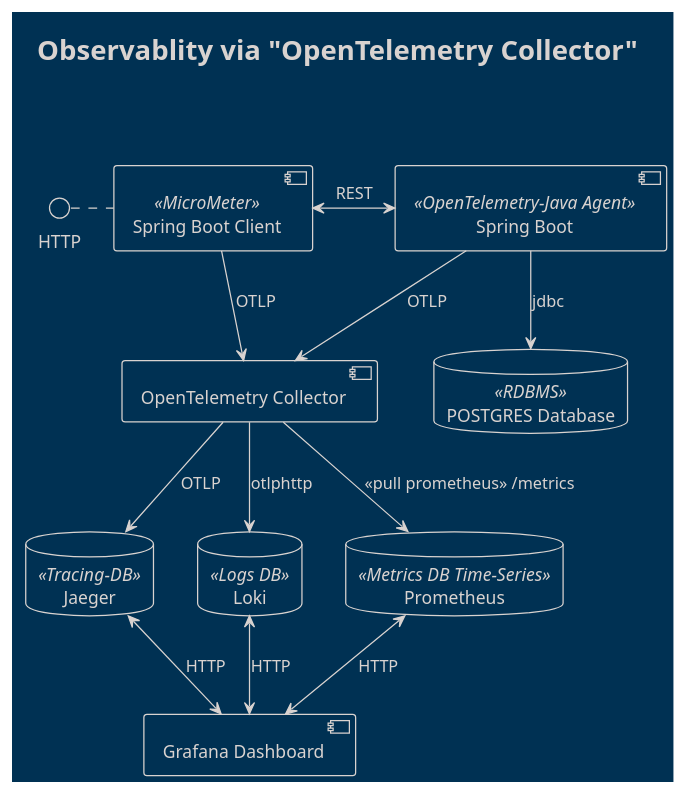
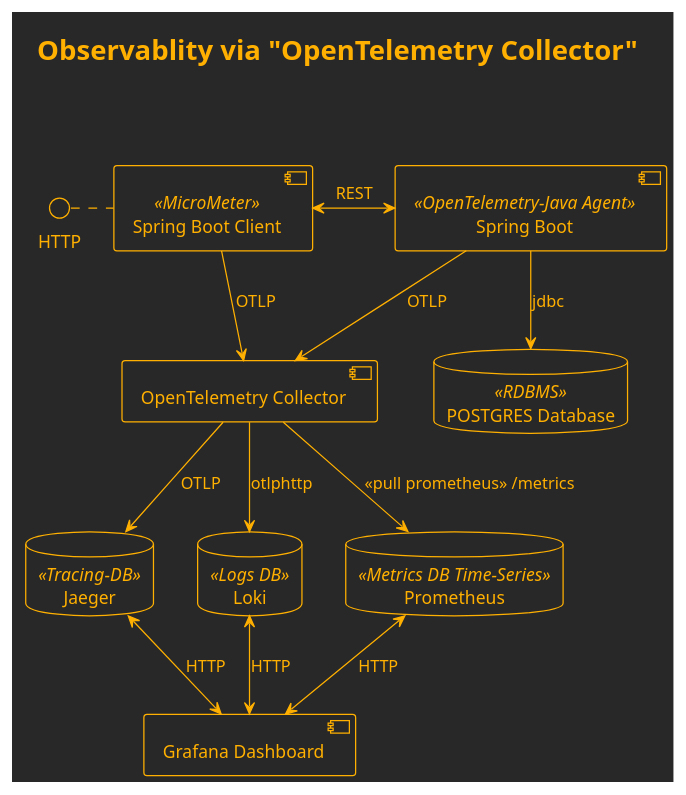
One commit to dcr007/springboot-app-services changed the diagram in PlantUML/otel.plantuml. Above: the diagram before and after it, drawn with PlantUML. The commit also changed 4 other files, not shown here.

Commit message:
updated README and sequence diagram for the services

```diff
--- a/PlantUML/otel.plantuml
+++ b/PlantUML/otel.plantuml
@@ -1,29 +1,29 @@
 @startuml
-!theme blueprint
+!theme crt-amber
 title Observablity via "OpenTelemetry Collector"\n\n
 
 interface HTTP
 component "Spring Boot" <<OpenTelemetry-Java Agent>> as springBoot
 component "Spring Boot Client" <<MicroMeter>> as springBootClient
 component "OpenTelemetry Collector" as otelCollector
 database "Prometheus" as prometheus <<Metrics DB Time-Series>>
 component "Grafana Dashboard" as grafana
 database "Jaeger" <<Tracing-DB>> as jager
 database "Loki" as loki <<Logs DB>>
 
 database "POSTGRES Database" as orders <<RDBMS>>
 
 HTTP .right. springBootClient
 springBoot -down-> orders : jdbc
 springBootClient <-right-> springBoot : REST
 
 springBoot -down-> otelCollector : OTLP
 springBootClient -down-> otelCollector : OTLP
 
 otelCollector -down-> prometheus : <<pull prometheus>> /metrics
 otelCollector -down-> jager : OTLP
 otelCollector -down-> loki : otlphttp
 grafana <-up-> prometheus : HTTP
 grafana <-up-> loki : HTTP
 grafana <-up-> jager : HTTP
 @enduml
```
